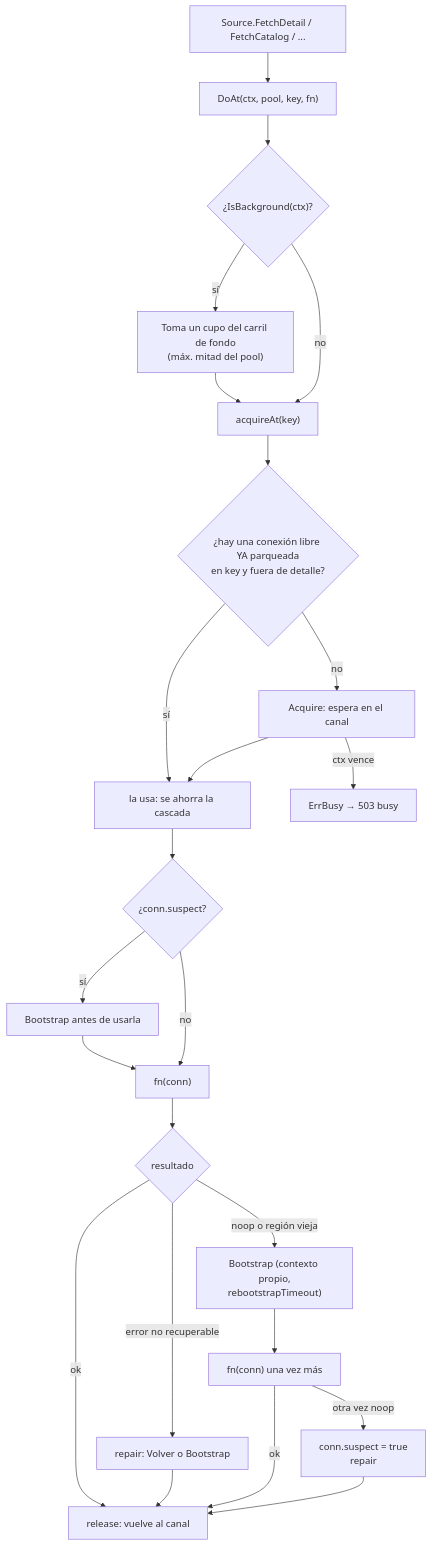
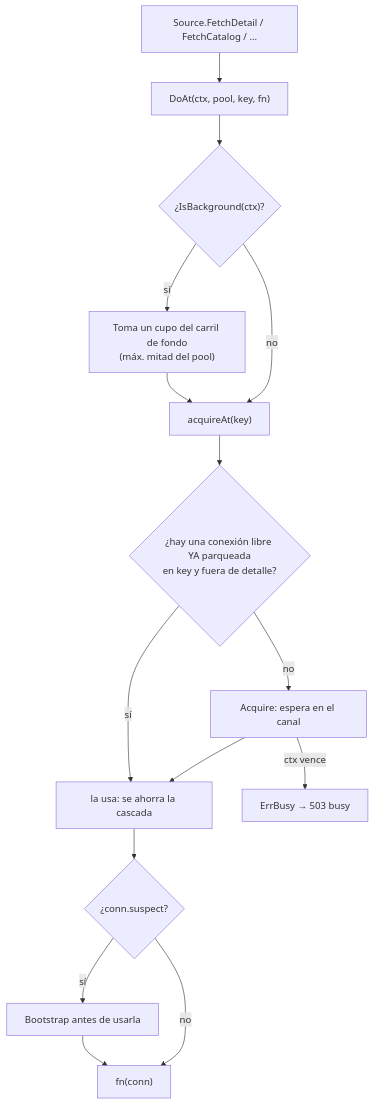
Diagram 13 of 22 in docs/DIAGRAMS.md (gabotachak/sia-unal-bridge), drawn with Mermaid before and after one commit. The commit also changed other lines of this file and 4 other files, not shown here.

First line of the commit message:
docs: parte en dos los diagramas del pool y del Refresher, y verifica MAX_ITEMS

````diff
--- a/docs/DIAGRAMS.md
+++ b/docs/DIAGRAMS.md
@@ -501,22 +503,15 @@
 ```mermaid
 flowchart TD
     call["Source.FetchDetail / FetchCatalog / ..."] --> doat["DoAt(ctx, pool, key, fn)"]
     doat --> bg{"¿IsBackground(ctx)?"}
     bg -- sí --> lane["Toma un cupo del carril de fondo<br/>(máx. mitad del pool)"] --> acq
     bg -- no --> acq["acquireAt(key)"]
     acq --> aff{"¿hay una conexión libre YA parqueada<br/>en key y fuera de detalle?"}
     aff -- sí --> got["la usa: se ahorra la cascada"]
     aff -- no --> blk["Acquire: espera en el canal"]
     blk -- "ctx vence" --> busy["ErrBusy → 503 busy"]
     blk --> got
     got --> sus{"¿conn.suspect?"}
-    sus -- sí --> boot0["Bootstrap antes de usarla"] --> run
-    sus -- no --> run["fn(conn)"]
-    run --> res{"resultado"}
-    res -- ok --> rel["release: vuelve al canal"]
-    res -- "error no recuperable" --> rep["repair: Volver o Bootstrap"] --> rel
-    res -- "noop o región vieja" --> boot["Bootstrap (contexto propio,<br/>rebootstrapTimeout)"]
-    boot --> retry["fn(conn) una vez más"]
-    retry -- ok --> rel
-    retry -- "otra vez noop" --> mark["conn.suspect = true<br/>repair"] --> rel
+    sus -- sí --> boot0["Bootstrap antes de usarla"] --> run["fn(conn)"]
+    sus -- no --> run
 ```
````
